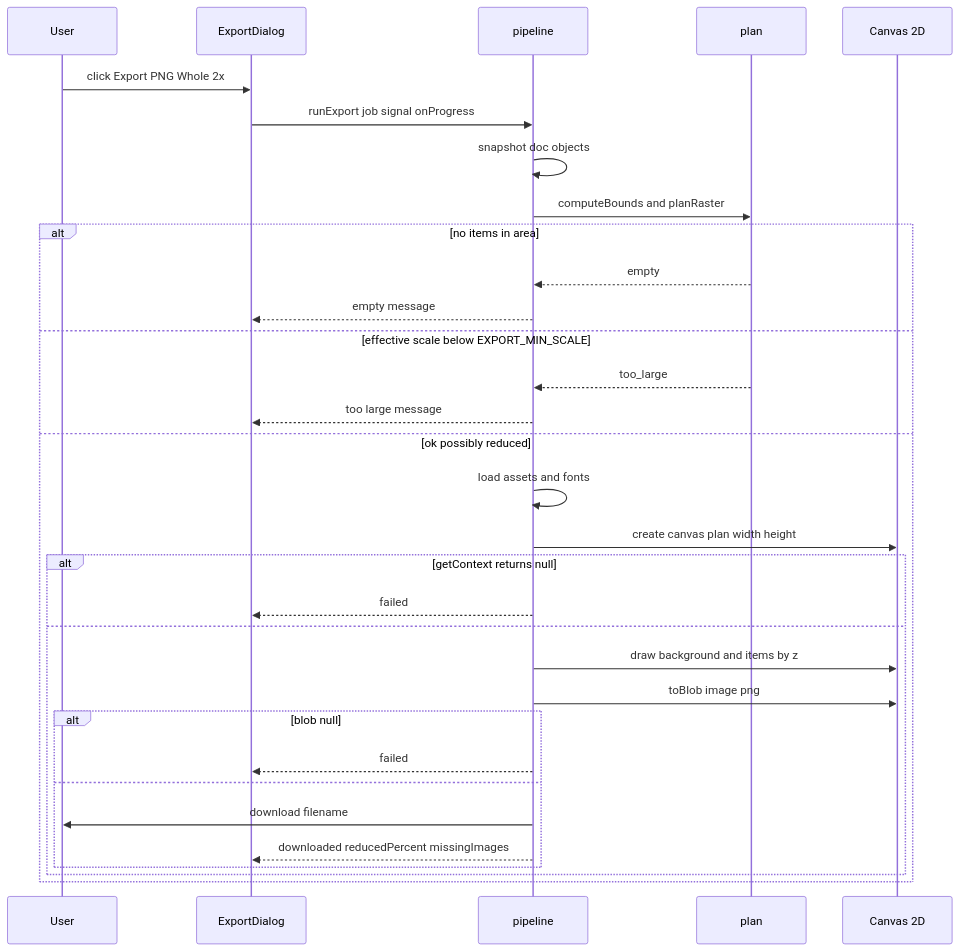
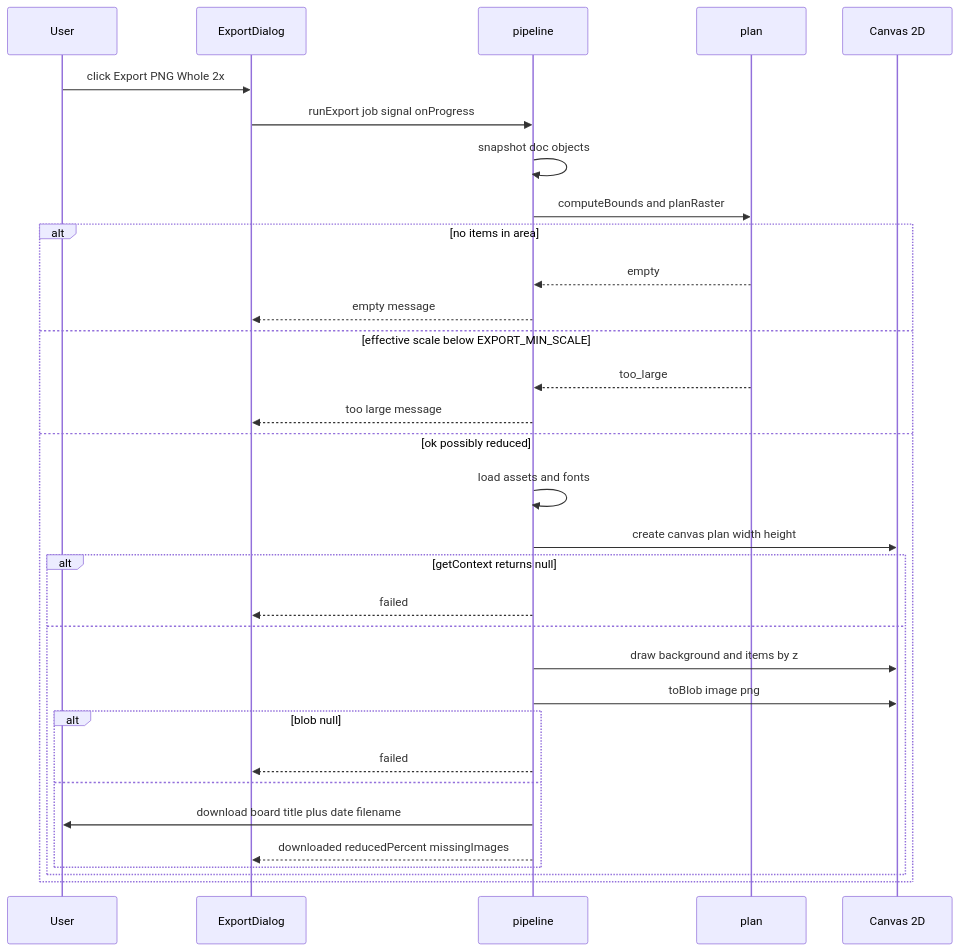
Before and after one commit to boxabirds/awesome-local-ai: the fourth of 7 diagrams in benchmarks/vidi/spec/stories/017-export-a-board-as-an-image-or-pdf/design.md, drawn with Mermaid. The commit also changed other lines of this file and 69 other files, not shown here.

````diff
--- a/benchmarks/vidi/spec/stories/017-export-a-board-as-an-image-or-pdf/design.md
+++ b/benchmarks/vidi/spec/stories/017-export-a-board-as-an-image-or-pdf/design.md
@@ -115,34 +114,34 @@
 ```mermaid
 sequenceDiagram
     participant U as User
     participant D as ExportDialog
     participant P as pipeline
     participant Pl as plan
     participant C as Canvas 2D
     U->>D: click Export PNG Whole 2x
     D->>P: runExport job signal onProgress
     P->>P: snapshot doc objects
     P->>Pl: computeBounds and planRaster
     alt no items in area
         Pl-->>P: empty
         P-->>D: empty message
     else effective scale below EXPORT_MIN_SCALE
         Pl-->>P: too_large
         P-->>D: too large message
     else ok possibly reduced
         P->>P: load assets and fonts
         P->>C: create canvas plan width height
         alt getContext returns null
             P-->>D: failed
         else
             P->>C: draw background and items by z
             P->>C: toBlob image png
             alt blob null
                 P-->>D: failed
             else
-                P->>U: download filename
+                P->>U: download board title plus date filename
                 P-->>D: downloaded reducedPercent missingImages
             end
         end
     end
 ```
````
